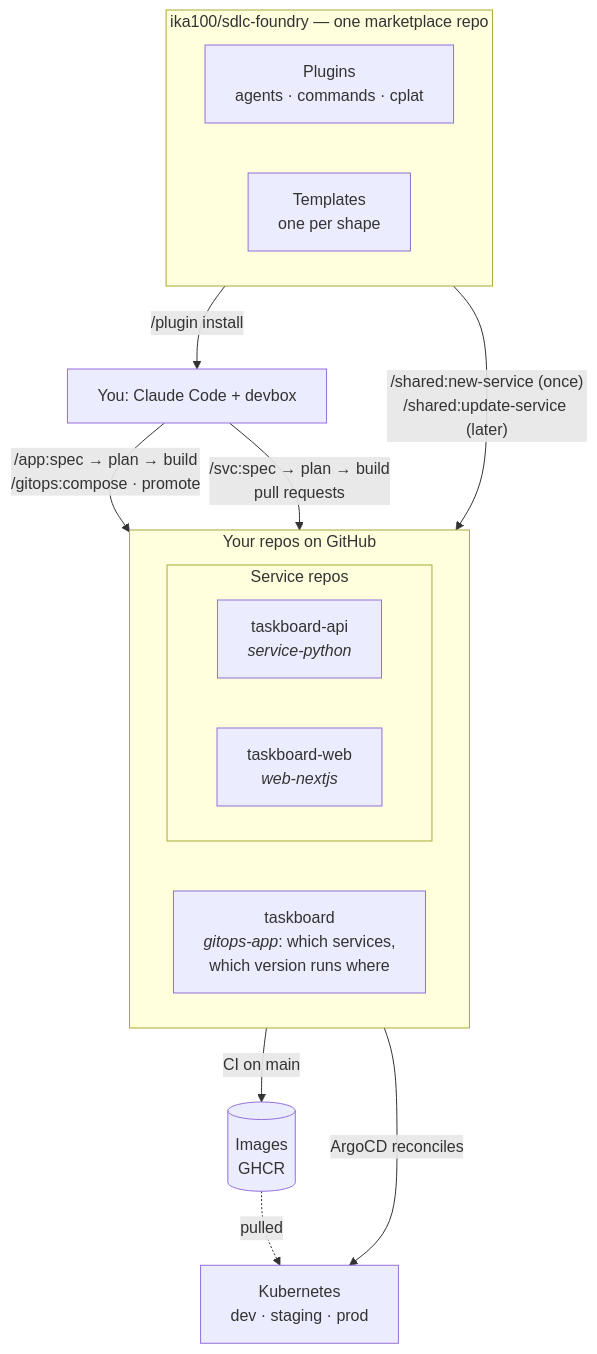
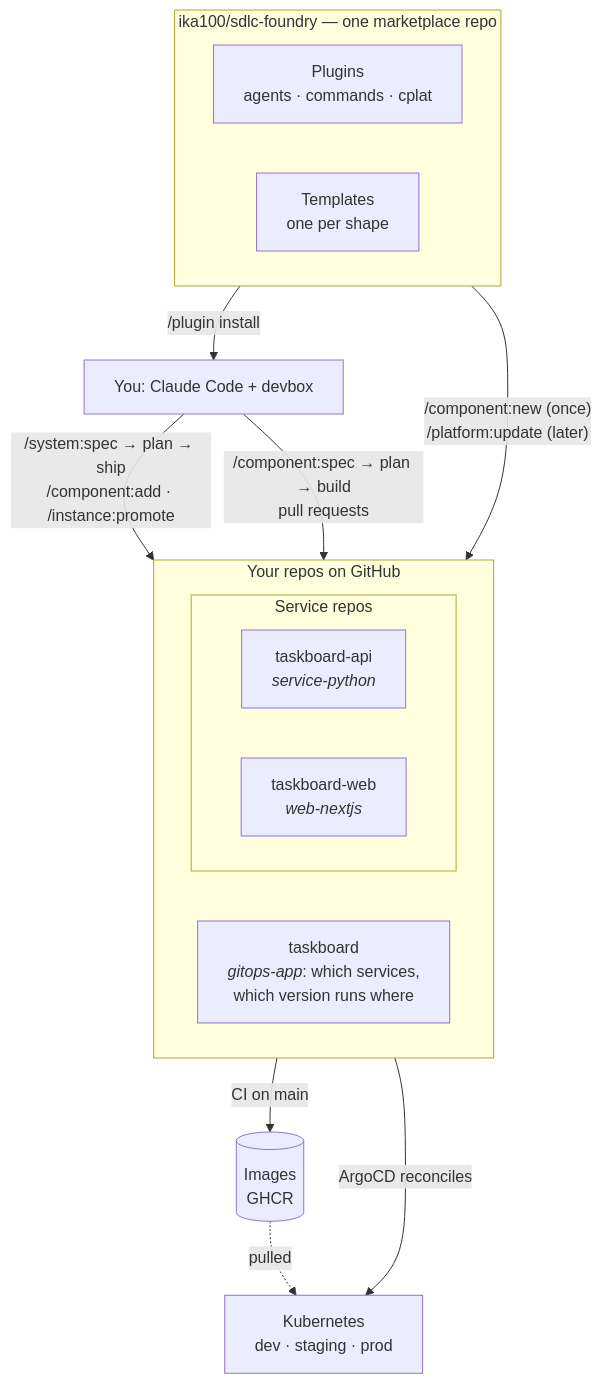
Before and after one commit to Aaqibhafeezkhan/sdlc-foundry: the diagram in docs/USER-JOURNEY.md, drawn with Mermaid. The commit also changed other lines of this file and 383 other files, not shown here.

````diff
--- a/docs/USER-JOURNEY.md
+++ b/docs/USER-JOURNEY.md
@@ -11,28 +11,28 @@
 ```mermaid
 flowchart TB
   subgraph PLATFORM["ika100/sdlc-foundry — one marketplace repo"]
     direction LR
     PL["Plugins<br/>agents · commands · cplat"]
     TP["Templates<br/>one per shape"]
   end
   CC["You: Claude Code + devbox"]
   subgraph REPOS["Your repos on GitHub"]
     direction LR
     GIT["taskboard<br/><i>gitops-app</i>: which services,<br/>which version runs where"]
     subgraph SVC["Service repos"]
       direction LR
       API["taskboard-api<br/><i>service-python</i>"]
       WEB["taskboard-web<br/><i>web-nextjs</i>"]
     end
   end
   IMG[("Images<br/>GHCR")]
   K8S["Kubernetes<br/>dev · staging · prod"]
 
   PL -- "/plugin install" --> CC
-  TP -- "/shared:new-service (once)<br/>/shared:update-service (later)" --> REPOS
-  CC -- "/svc:spec → plan → build<br/>pull requests" --> SVC
-  CC -- "/app:spec → plan → build<br/>/gitops:compose · promote" --> GIT
+  TP -- "/component:new (once)<br/>/platform:update (later)" --> REPOS
+  CC -- "/component:spec → plan → build<br/>pull requests" --> SVC
+  CC -- "/system:spec → plan → ship<br/>/component:add · /instance:promote" --> GIT
   SVC -- "CI on main" --> IMG
   GIT -- "ArgoCD reconciles" --> K8S
   IMG -. "pulled" .-> K8S
 ```
````
